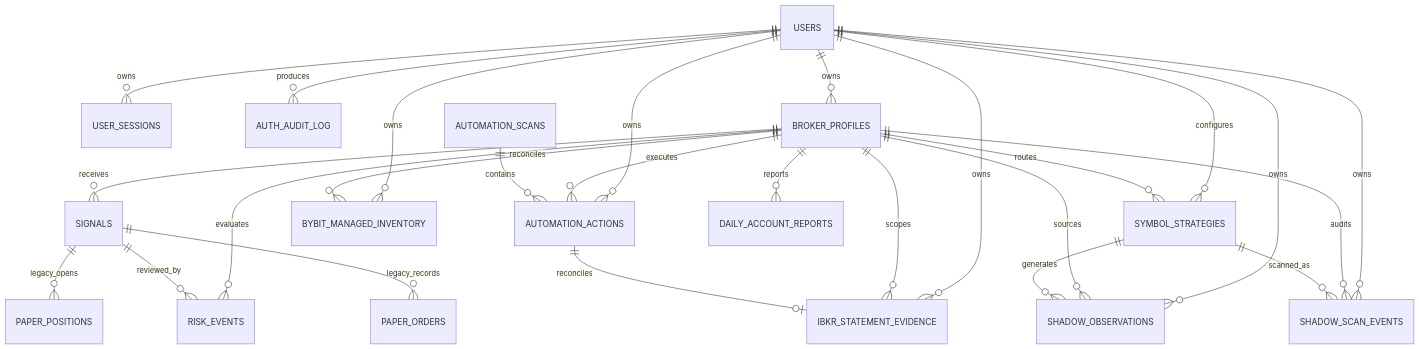
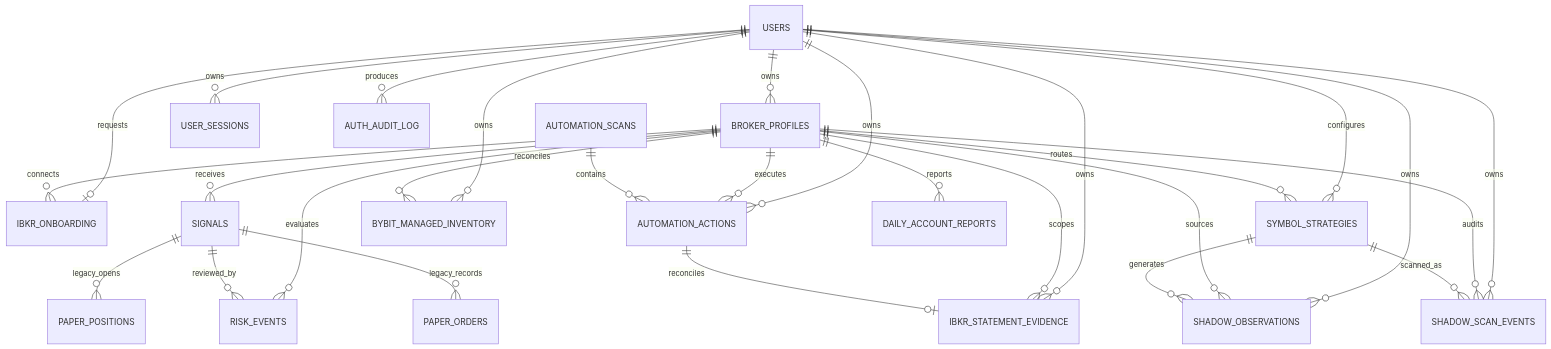
One commit to mohamdhassa/atlas-markets changed the first of 3 diagrams in docs/ERD.md. Above: the diagram before and after it, drawn with Mermaid. The commit also changed other lines of this file and 23 other files, not shown here.

````diff
--- a/docs/ERD.md
+++ b/docs/ERD.md
@@ -12,30 +12,32 @@
 ```mermaid
 erDiagram
+    USERS ||--o| IBKR_ONBOARDING : requests
+    BROKER_PROFILES ||--o{ IBKR_ONBOARDING : connects
     USERS ||--o{ USER_SESSIONS : owns
     USERS ||--o{ AUTH_AUDIT_LOG : produces
     USERS ||--o{ BROKER_PROFILES : owns
     USERS ||--o{ SYMBOL_STRATEGIES : configures
     USERS ||--o{ AUTOMATION_ACTIONS : owns
     USERS ||--o{ IBKR_STATEMENT_EVIDENCE : owns
     BROKER_PROFILES ||--o{ IBKR_STATEMENT_EVIDENCE : scopes
     AUTOMATION_ACTIONS ||--o| IBKR_STATEMENT_EVIDENCE : reconciles
     USERS ||--o{ BYBIT_MANAGED_INVENTORY : owns
     USERS ||--o{ SHADOW_OBSERVATIONS : owns
     USERS ||--o{ SHADOW_SCAN_EVENTS : owns
 
     BROKER_PROFILES ||--o{ SYMBOL_STRATEGIES : routes
     BROKER_PROFILES ||--o{ SIGNALS : receives
     BROKER_PROFILES ||--o{ RISK_EVENTS : evaluates
     BROKER_PROFILES ||--o{ AUTOMATION_ACTIONS : executes
     BROKER_PROFILES ||--o{ DAILY_ACCOUNT_REPORTS : reports
     BROKER_PROFILES ||--o{ BYBIT_MANAGED_INVENTORY : reconciles
     BROKER_PROFILES ||--o{ SHADOW_OBSERVATIONS : sources
     BROKER_PROFILES ||--o{ SHADOW_SCAN_EVENTS : audits
 
     SIGNALS ||--o{ RISK_EVENTS : reviewed_by
     SIGNALS ||--o{ PAPER_POSITIONS : legacy_opens
     SIGNALS ||--o{ PAPER_ORDERS : legacy_records
     AUTOMATION_SCANS ||--o{ AUTOMATION_ACTIONS : contains
     SYMBOL_STRATEGIES ||--o{ SHADOW_OBSERVATIONS : generates
     SYMBOL_STRATEGIES ||--o{ SHADOW_SCAN_EVENTS : scanned_as
 ```
````
